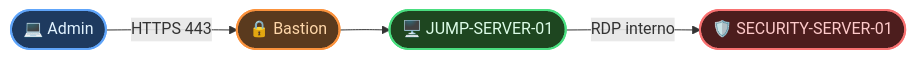
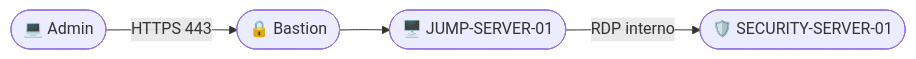
The diagram in laboratorio-cloudsecurity/01-arquitetura/arquitetura.md (lpraxedess/Projetos), drawn with Mermaid before and after one commit. The commit also changed other lines of this file, not shown here.

````diff
--- a/laboratorio-cloudsecurity/01-arquitetura/arquitetura.md
+++ b/laboratorio-cloudsecurity/01-arquitetura/arquitetura.md
@@ -31,14 +31,6 @@
 ```mermaid
 flowchart LR
     A(["💻 Admin"])-->|HTTPS 443| B(["🔒 Bastion"])
     B --> C(["🖥️ JUMP-SERVER-01"])
     C -->|RDP interno| D(["🛡️ SECURITY-SERVER-01"])
-    classDef external fill:#1e3a5f,stroke:#60a5fa,stroke-width:2px,color:#e0f2fe
-    classDef bastion fill:#5a3a1e,stroke:#fb923c,stroke-width:2px,color:#fed7aa
-    classDef server fill:#1e4620,stroke:#4ade80,stroke-width:2px,color:#dcfce7
-    classDef secure fill:#4c1d1d,stroke:#f87171,stroke-width:2px,color:#fecaca
-    class A external
-    class B bastion
-    class C server
-    class D secure
 ```
````
